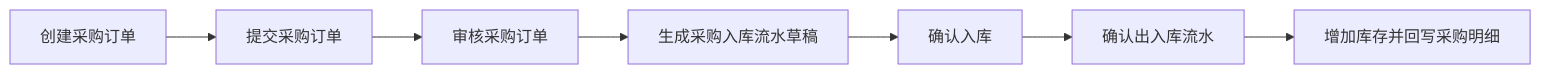
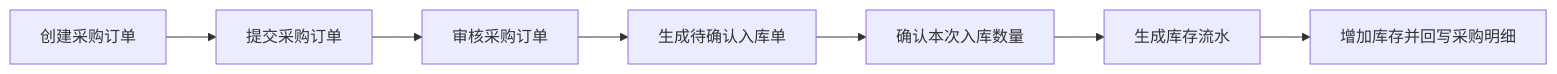
One commit to LI-S-H/qiheng-erp changed the third of 10 diagrams in docs/erp-project-plan.md. Above: the diagram before and after it, drawn with Mermaid. The commit also changed other lines of this file and 74 other files, not shown here.

````diff
--- a/docs/erp-project-plan.md
+++ b/docs/erp-project-plan.md
@@ -360,9 +362,9 @@
 ```mermaid
 flowchart LR
     A["创建采购订单"] --> B["提交采购订单"]
     B --> C["审核采购订单"]
-    C --> D["生成采购入库流水草稿"]
-    D --> E["确认入库"]
-    E --> F["确认出入库流水"]
+    C --> D["生成待确认入库单"]
+    D --> E["确认本次入库数量"]
+    E --> F["生成库存流水"]
     F --> G["增加库存并回写采购明细"]
 ```
````
